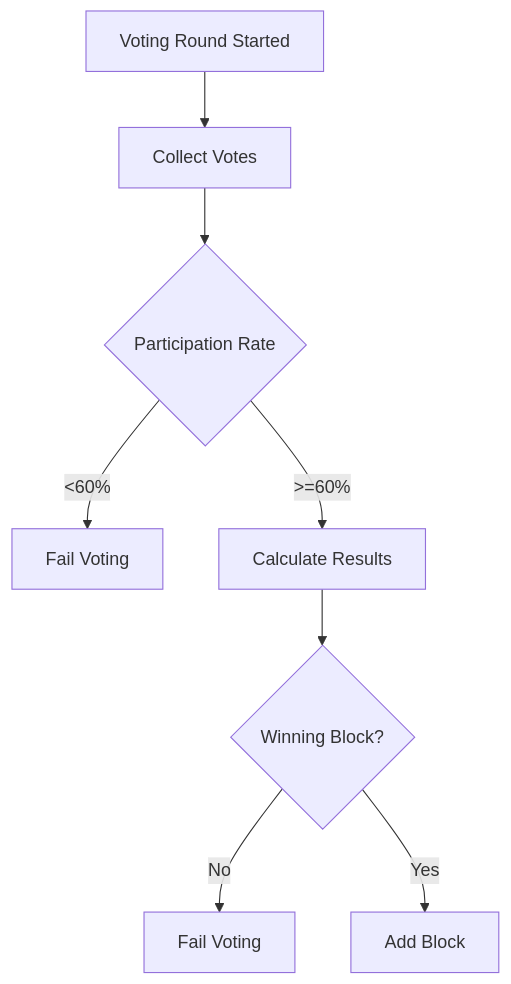
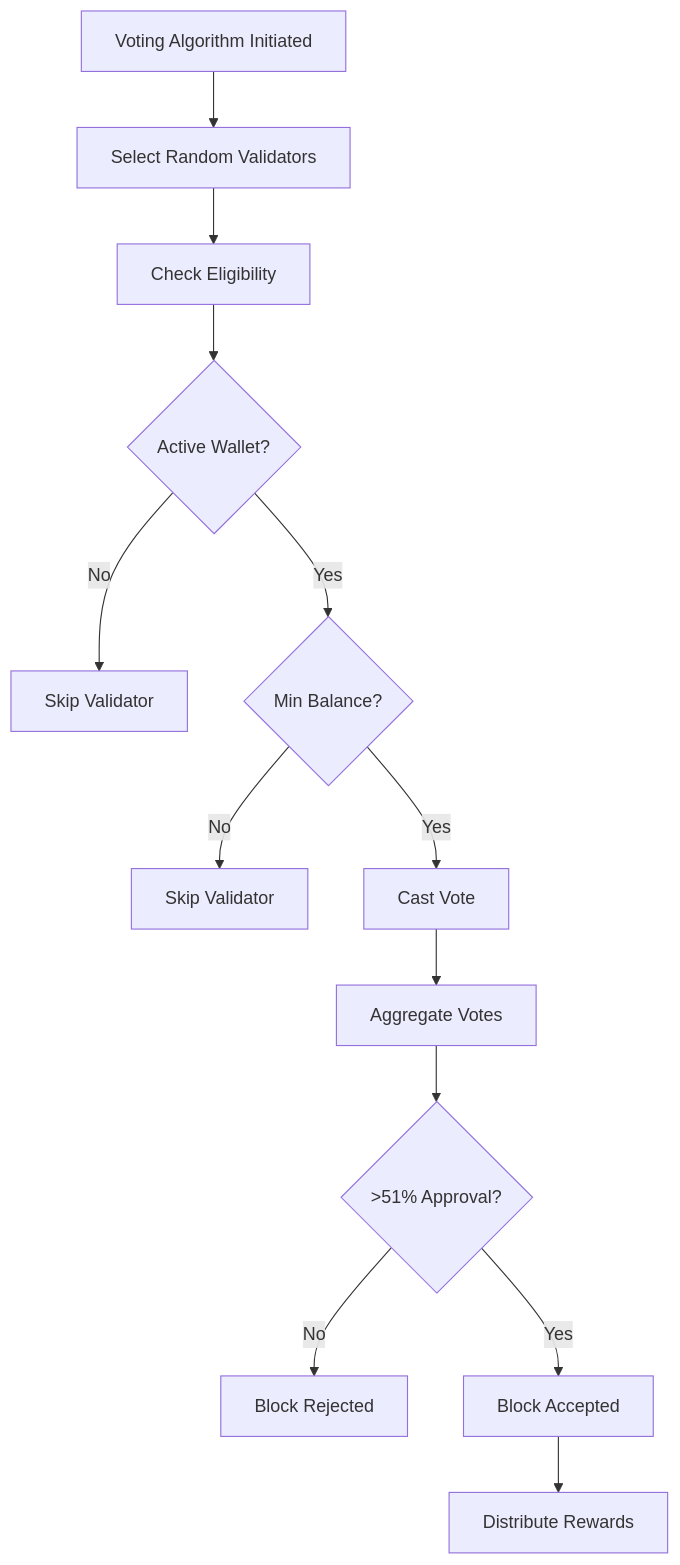
The third of 3 diagrams in src/consensus/README.md (SELF-Technology/self-chain-public), drawn with Mermaid before and after one commit. The commit also changed other lines of this file, not shown here.

````diff
--- a/src/consensus/README.md
+++ b/src/consensus/README.md
@@ -77,10 +94,15 @@
 ```mermaid
 graph TD
-    A[Voting Round Started] --> B[Collect Votes]
-    B --> C{Participation Rate}
-    C -- <60% --> D[Fail Voting]
-    C -- >=60% --> E[Calculate Results]
-    E --> F{Winning Block?}
-    F -- No --> G[Fail Voting]
-    F -- Yes --> H[Add Block]
+    A[Voting Algorithm Initiated] --> B[Select Random Validators]
+    B --> C[Check Eligibility]
+    C --> D{Active Wallet?}
+    D -- No --> E[Skip Validator]
+    D -- Yes --> F{Min Balance?}
+    F -- No --> G[Skip Validator]
+    F -- Yes --> H[Cast Vote]
+    H --> I[Aggregate Votes]
+    I --> J{>51% Approval?}
+    J -- No --> K[Block Rejected]
+    J -- Yes --> L[Block Accepted]
+    L --> M[Distribute Rewards]
 ```
````
